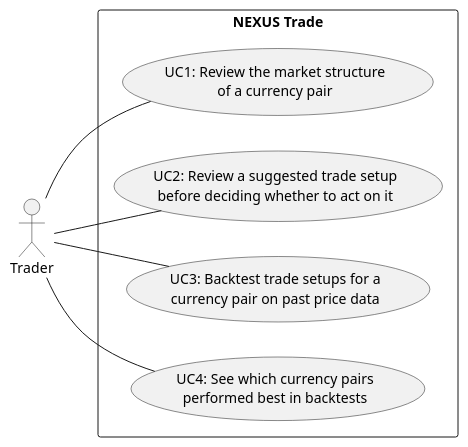
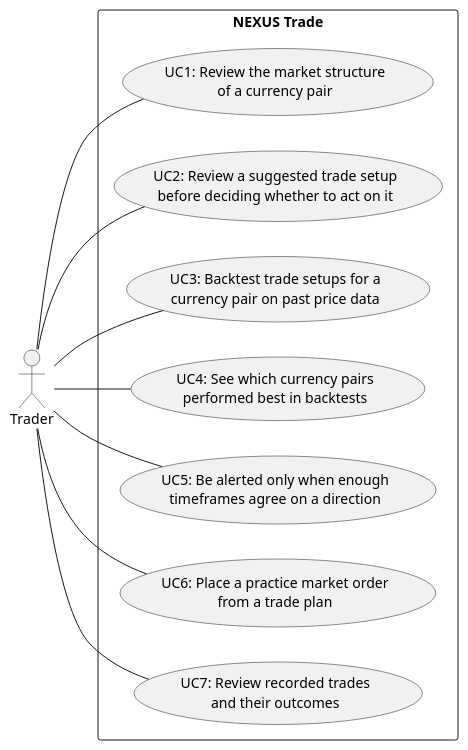
The diagram in docs/design/uml/use-cases.puml (dan119524/nexus-trade), drawn with PlantUML before and after one commit. The commit also changed 30 other files, not shown here.

```diff
--- a/docs/design/uml/use-cases.puml
+++ b/docs/design/uml/use-cases.puml
@@ -1,19 +1,25 @@
 @startuml use-cases
 ' Source: docs/design/requirements.md, section "Use Cases"
 skinparam classAttributeIconSize 0
 left to right direction
 
 actor Trader
 
 rectangle "NEXUS Trade" {
   usecase "UC1: Review the market structure\nof a currency pair" as UC1
   usecase "UC2: Review a suggested trade setup\nbefore deciding whether to act on it" as UC2
   usecase "UC3: Backtest trade setups for a\ncurrency pair on past price data" as UC3
   usecase "UC4: See which currency pairs\nperformed best in backtests" as UC4
+  usecase "UC5: Be alerted only when enough\ntimeframes agree on a direction" as UC5
+  usecase "UC6: Place a practice market order\nfrom a trade plan" as UC6
+  usecase "UC7: Review recorded trades\nand their outcomes" as UC7
 }
 
 Trader -- UC1
 Trader -- UC2
 Trader -- UC3
 Trader -- UC4
+Trader -- UC5
+Trader -- UC6
+Trader -- UC7
 @enduml
```
